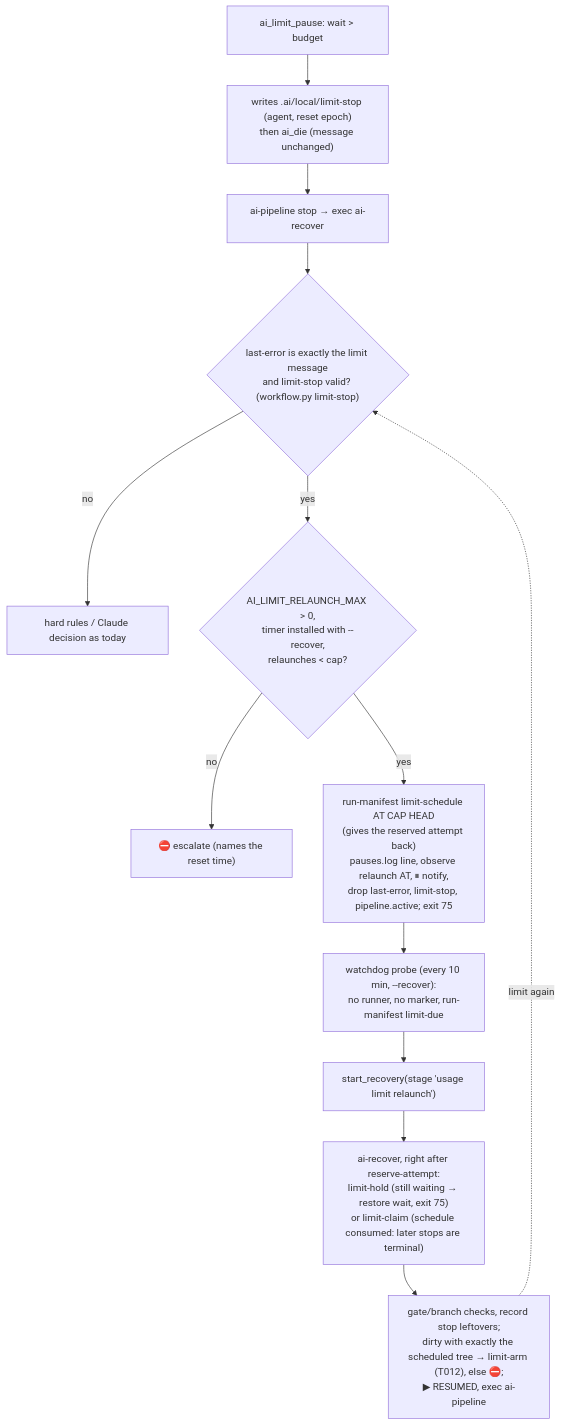
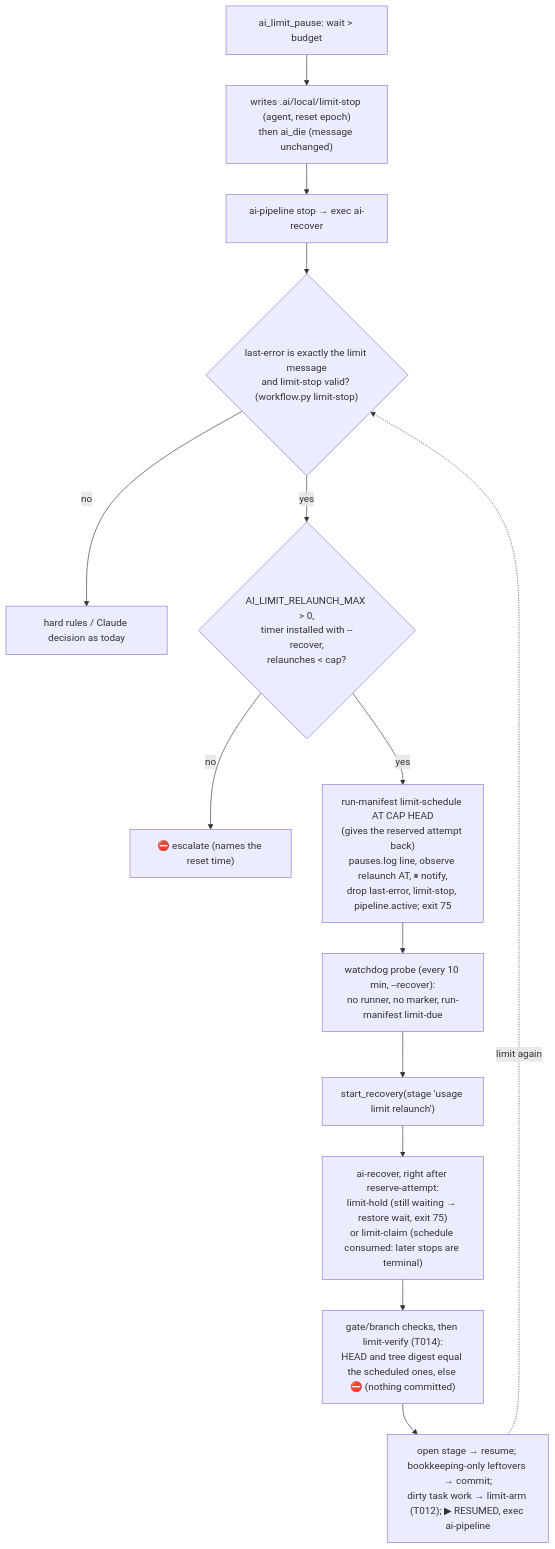
One commit to Muf454/agents changed the diagram in .ai/current-plan.md. Above: the diagram before and after it, drawn with Mermaid. The commit also changed other lines of this file and 6 other files, not shown here.

````diff
--- a/.ai/current-plan.md
+++ b/.ai/current-plan.md
@@ -13,15 +13,16 @@
 ```mermaid
 flowchart TD
   pause["ai_limit_pause: wait > budget"] --> rec["writes .ai/local/limit-stop (agent, reset epoch)<br/>then ai_die (message unchanged)"]
   rec --> stop["ai-pipeline stop → exec ai-recover"]
   stop --> only{"last-error is exactly the limit message<br/>and limit-stop valid? (workflow.py limit-stop)"}
   only -- no --> rules["hard rules / Claude decision as today"]
   only -- yes --> cap{"AI_LIMIT_RELAUNCH_MAX > 0,<br/>timer installed with --recover,<br/>relaunches < cap?"}
   cap -- no --> esc["⛔ escalate (names the reset time)"]
   cap -- yes --> sched["run-manifest limit-schedule AT CAP HEAD<br/>(gives the reserved attempt back)<br/>pauses.log line, observe relaunch AT, ⏸ notify,<br/>drop last-error, limit-stop, pipeline.active; exit 75"]
   sched --> probe["watchdog probe (every 10 min, --recover):<br/>no runner, no marker, run-manifest limit-due"]
   probe --> launch["start_recovery(stage 'usage limit relaunch')"]
   launch --> claim["ai-recover, right after reserve-attempt:<br/>limit-hold (still waiting → restore wait, exit 75)<br/>or limit-claim (schedule consumed: later stops are terminal)"]
-  claim --> due["gate/branch checks, record stop leftovers;<br/>dirty with exactly the scheduled tree → limit-arm (T012), else ⛔;<br/>▶ RESUMED, exec ai-pipeline"]
+  claim --> verify["gate/branch checks, then limit-verify (T014):<br/>HEAD and tree digest equal the scheduled ones, else ⛔ (nothing committed)"]
+  verify --> due["open stage → resume; bookkeeping-only leftovers → commit;<br/>dirty task work → limit-arm (T012); ▶ RESUMED, exec ai-pipeline"]
   due -. "limit again" .-> only
 ```
````
